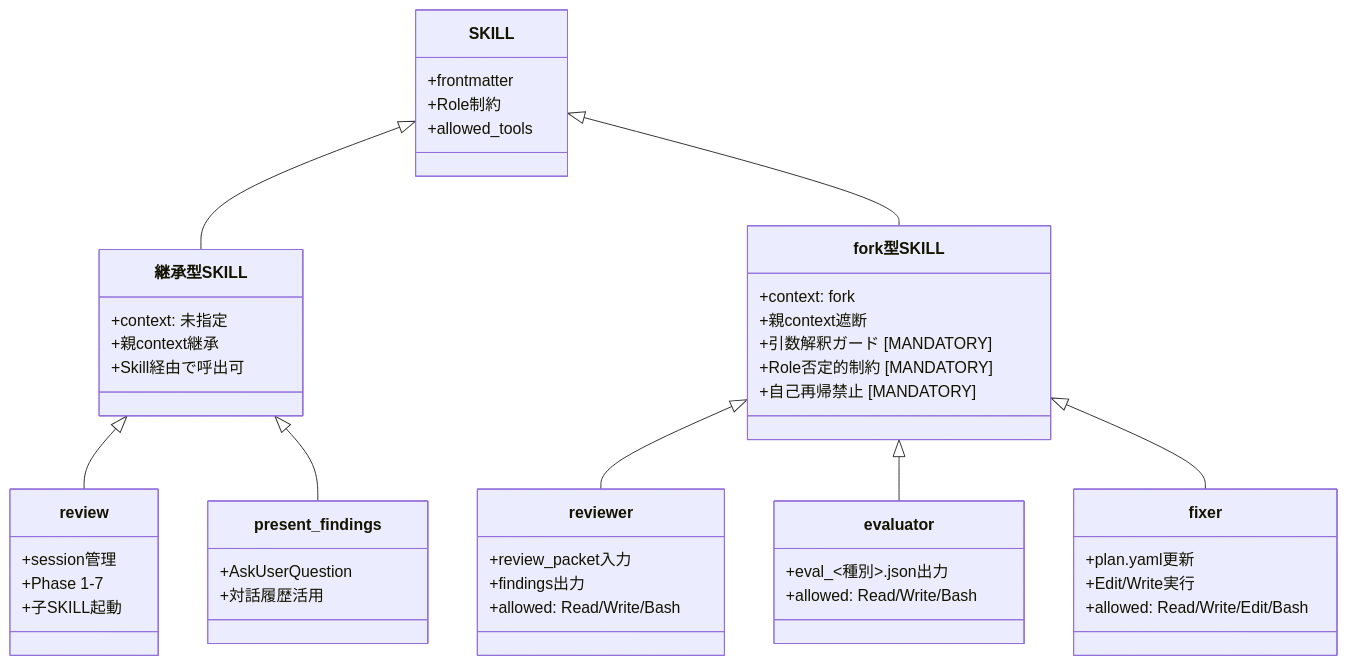
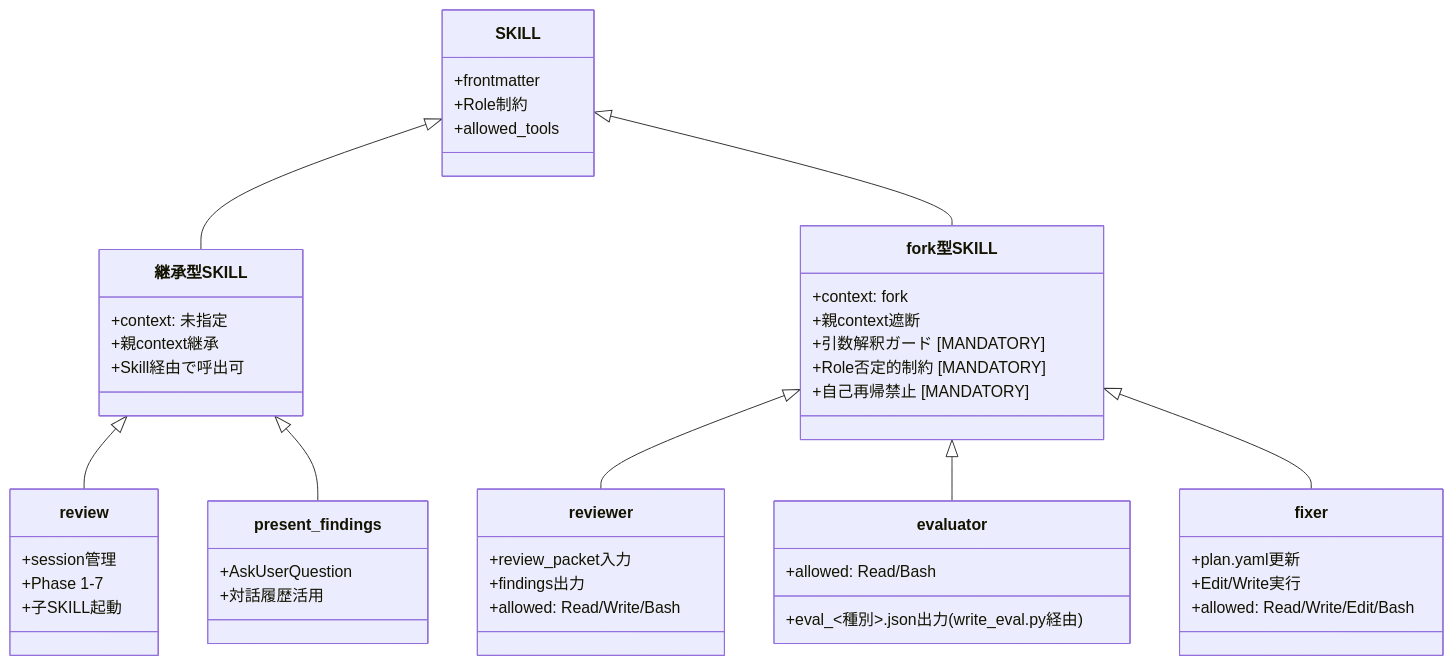
The second of 4 diagrams in docs/specs/forge/design/DES-029_skill_agent_launch_contract_design.md (BlueEventHorizon/bw-cc-plugins), drawn with Mermaid before and after one commit. The commit also changed other lines of this file and 3 other files, not shown here.

````diff
--- a/docs/specs/forge/design/DES-029_skill_agent_launch_contract_design.md
+++ b/docs/specs/forge/design/DES-029_skill_agent_launch_contract_design.md
@@ -129,58 +129,58 @@
 ```mermaid
 classDiagram
     class SKILL {
         +frontmatter
         +Role制約
         +allowed_tools
     }
 
     class 継承型SKILL {
         +context: 未指定
         +親context継承
         +Skill経由で呼出可
     }
 
     class fork型SKILL {
         +context: fork
         +親context遮断
         +引数解釈ガード [MANDATORY]
         +Role否定的制約 [MANDATORY]
         +自己再帰禁止 [MANDATORY]
     }
 
     class review {
         +session管理
         +Phase 1-7
         +子SKILL起動
     }
 
     class present_findings {
         +AskUserQuestion
         +対話履歴活用
     }
 
     class reviewer {
         +review_packet入力
         +findings出力
         +allowed: Read/Write/Bash
     }
 
     class evaluator {
-        +eval_<種別>.json出力
-        +allowed: Read/Write/Bash
+        +eval_<種別>.json出力(write_eval.py経由)
+        +allowed: Read/Bash
     }
 
     class fixer {
         +plan.yaml更新
         +Edit/Write実行
         +allowed: Read/Write/Edit/Bash
     }
 
     SKILL <|-- 継承型SKILL
     SKILL <|-- fork型SKILL
     継承型SKILL <|-- review
     継承型SKILL <|-- present_findings
     fork型SKILL <|-- reviewer
     fork型SKILL <|-- evaluator
     fork型SKILL <|-- fixer
 ```
````
